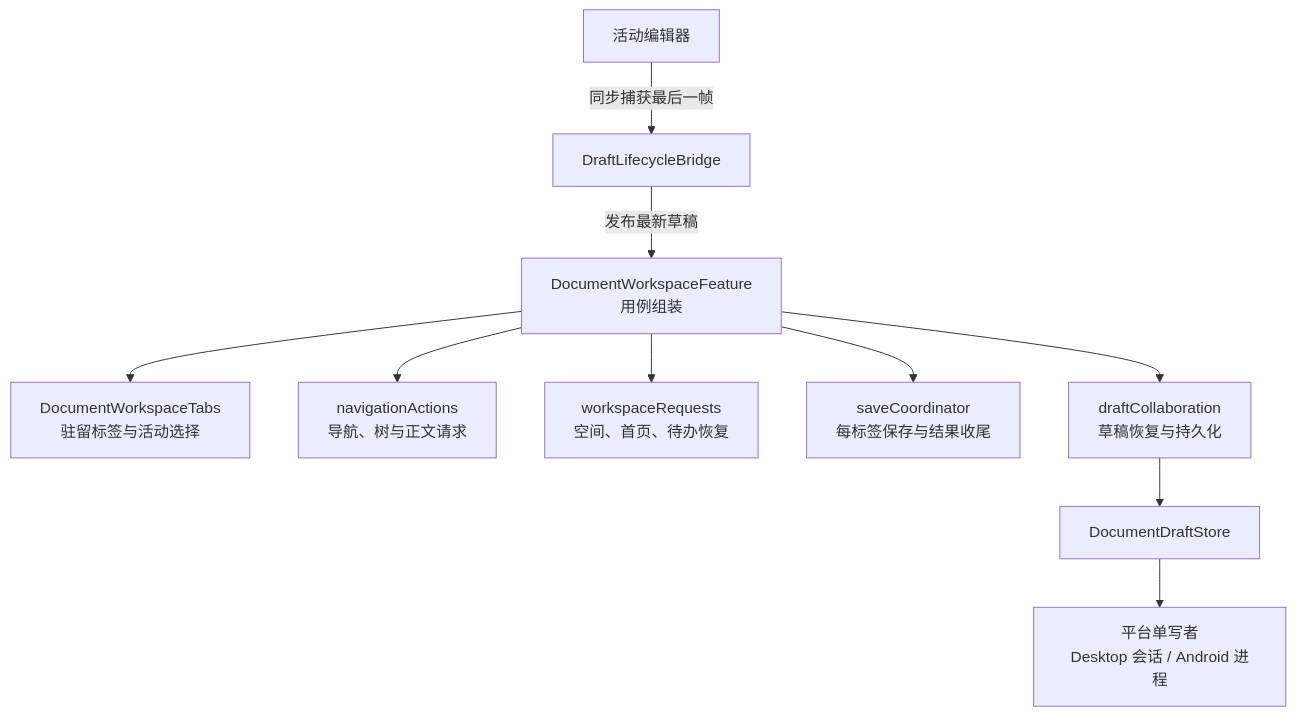
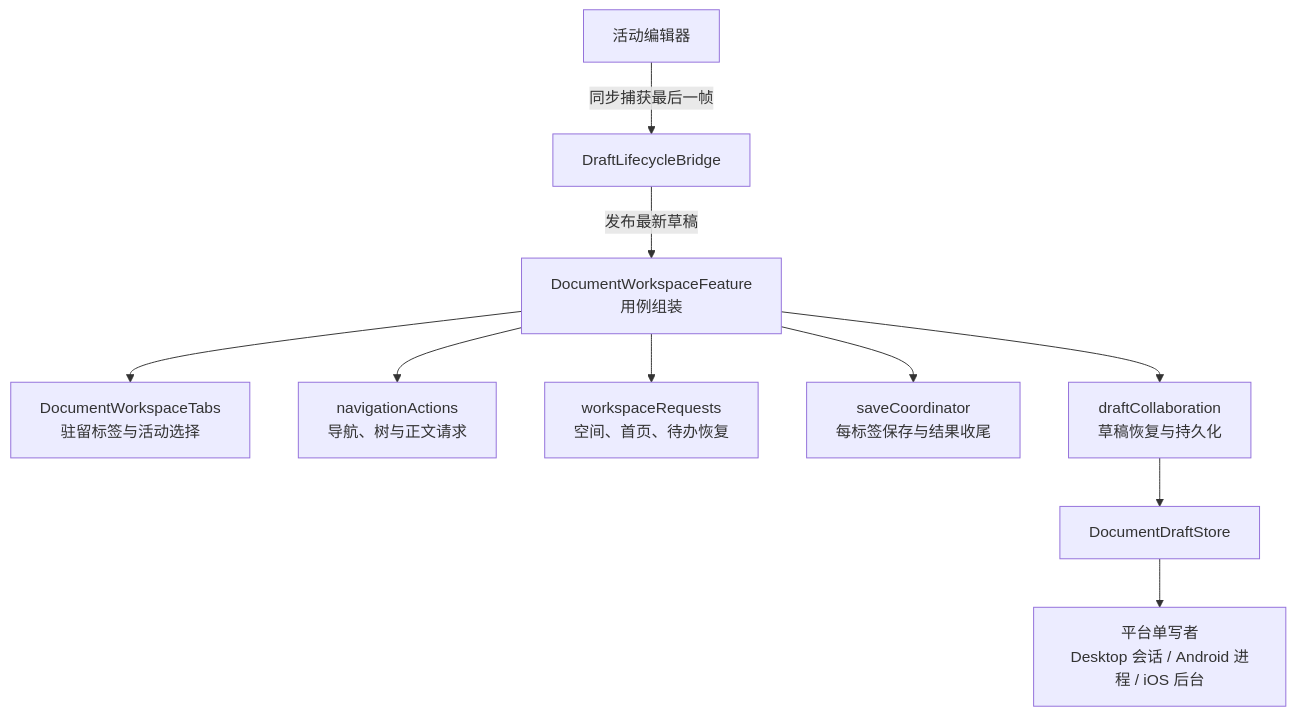
Before and after one commit to virjar/team-talk: the fifth of 8 diagrams in doc/03-architecture/client-and-sdk.md, drawn with Mermaid. The commit also changed other lines of this file and 53 other files, not shown here.

````diff
--- a/doc/03-architecture/client-and-sdk.md
+++ b/doc/03-architecture/client-and-sdk.md
@@ -131,12 +131,12 @@
 ```mermaid
 flowchart TB
     F["DocumentWorkspaceFeature<br/>用例组装"] --> Tabs["DocumentWorkspaceTabs<br/>驻留标签与活动选择"]
     F --> N["navigationActions<br/>导航、树与正文请求"]
     F --> W["workspaceRequests<br/>空间、首页、待办恢复"]
     F --> S["saveCoordinator<br/>每标签保存与结果收尾"]
     F --> D["draftCollaboration<br/>草稿恢复与持久化"]
     Editor[活动编辑器] -->|同步捕获最后一帧| Bridge[DraftLifecycleBridge]
     Bridge -->|发布最新草稿| F
     D --> Store[DocumentDraftStore]
-    Store --> Writer["平台单写者<br/>Desktop 会话 / Android 进程"]
+    Store --> Writer["平台单写者<br/>Desktop 会话 / Android 进程 / iOS 后台"]
 ```
````
